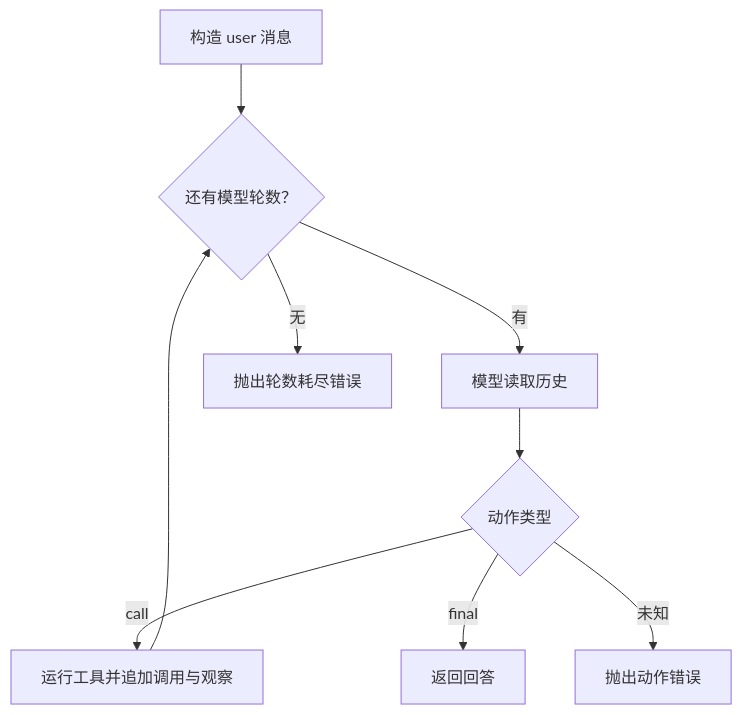
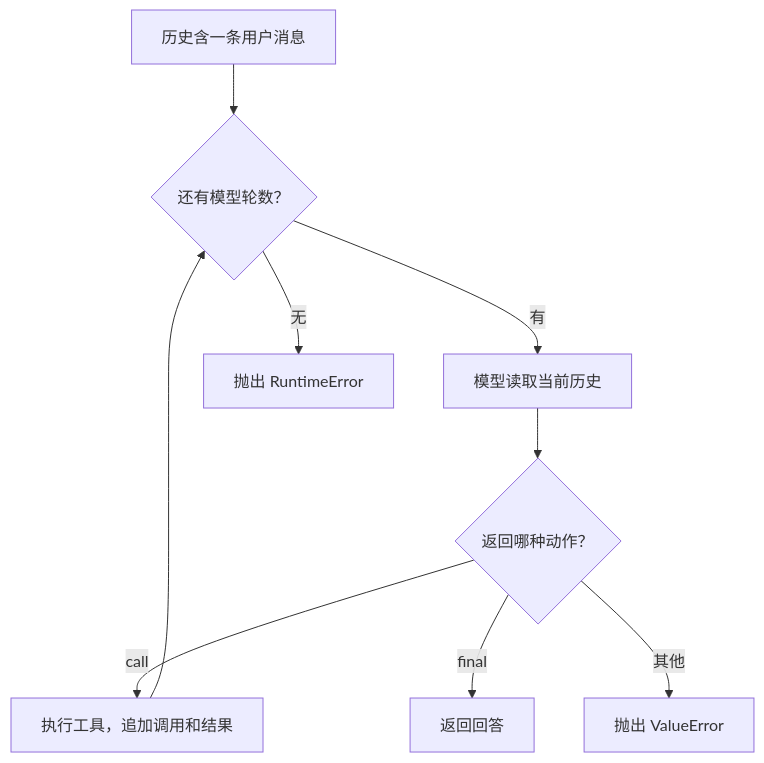
The diagram in python/lessons/04-loop.md (AiLac/Agent_Interview), drawn with Mermaid before and after one commit. The commit also changed other lines of this file and 8 other files, not shown here.

````diff
--- a/python/lessons/04-loop.md
+++ b/python/lessons/04-loop.md
@@ -17,11 +40,11 @@
 ```mermaid
 flowchart TD
-    A["构造 user 消息"] --> B{"还有模型轮数？"}
-    B -->|有| C["模型读取历史"]
-    B -->|无| X["抛出轮数耗尽错误"]
-    C --> D{"动作类型"}
-    D -->|call| E["运行工具并追加调用与观察"]
+    A["历史含一条用户消息"] --> B{"还有模型轮数？"}
+    B -->|有| C["模型读取当前历史"]
+    B -->|无| X["抛出 RuntimeError"]
+    C --> D{"返回哪种动作？"}
+    D -->|call| E["执行工具，追加调用和结果"]
     E --> B
     D -->|final| F["返回回答"]
-    D -->|未知| G["抛出动作错误"]
+    D -->|其他| G["抛出 ValueError"]
 ```
````
